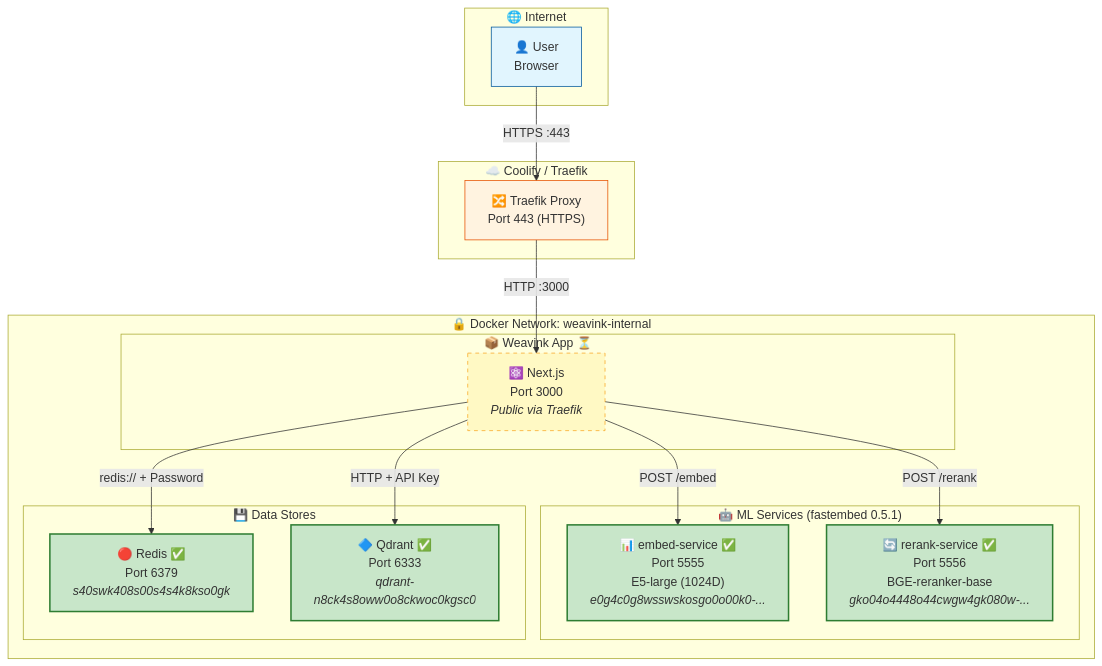
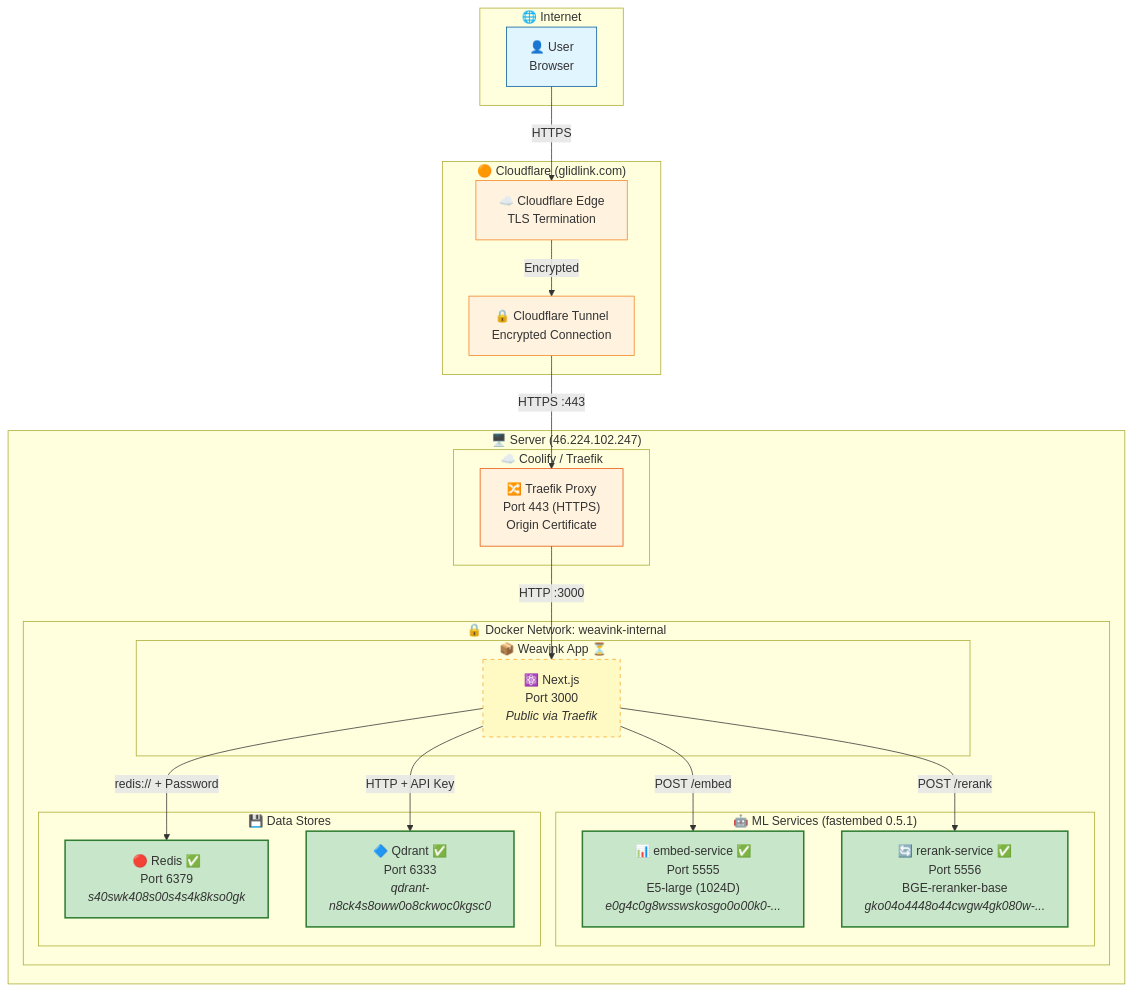
Before and after one commit to zulianileonardo-ops/Weavink-Prod: the first of 5 diagrams in documentation/guides/COOLIFY_SERVICE_NETWORKING.md, drawn with Mermaid. The commit also changed other lines of this file and 1 other file, not shown here.

First line of the commit message:
docs: add Cloudflare Tunnels section to networking guide

````diff
--- a/documentation/guides/COOLIFY_SERVICE_NETWORKING.md
+++ b/documentation/guides/COOLIFY_SERVICE_NETWORKING.md
@@ -87,52 +88,63 @@
 ```mermaid
 flowchart TB
     subgraph Internet["🌐 Internet"]
         User["👤 User<br/>Browser"]
     end
 
-    subgraph Coolify["☁️ Coolify / Traefik"]
-        Traefik["🔀 Traefik Proxy<br/>Port 443 (HTTPS)"]
+    subgraph CloudflareLayer["🟠 Cloudflare (glidlink.com)"]
+        CF["☁️ Cloudflare Edge<br/>TLS Termination"]
+        Tunnel["🔒 Cloudflare Tunnel<br/>Encrypted Connection"]
     end
 
-    subgraph DockerNetwork["🔒 Docker Network: weavink-internal"]
-        subgraph WeavinkApp["📦 Weavink App ⏳"]
-            NextJS["⚛️ Next.js<br/>Port 3000<br/><i>Public via Traefik</i>"]
+    subgraph Server["🖥️ Server (46.224.102.247)"]
+        subgraph Coolify["☁️ Coolify / Traefik"]
+            Traefik["🔀 Traefik Proxy<br/>Port 443 (HTTPS)<br/>Origin Certificate"]
         end
 
-        subgraph MLServices["🤖 ML Services (fastembed 0.5.1)"]
-            Embed["📊 embed-service ✅<br/>Port 5555<br/>E5-large (1024D)<br/><i>e0g4c0g8wsswskosgo0o00k0-...</i>"]
-            Rerank["🔄 rerank-service ✅<br/>Port 5556<br/>BGE-reranker-base<br/><i>gko04o4448o44cwgw4gk080w-...</i>"]
-        end
+        subgraph DockerNetwork["🔒 Docker Network: weavink-internal"]
+            subgraph WeavinkApp["📦 Weavink App ⏳"]
+                NextJS["⚛️ Next.js<br/>Port 3000<br/><i>Public via Traefik</i>"]
+            end
 
-        subgraph DataStores["💾 Data Stores"]
-            Redis["🔴 Redis ✅<br/>Port 6379<br/><i>s40swk408s00s4s4k8kso0gk</i>"]
-            Qdrant["🔷 Qdrant ✅<br/>Port 6333<br/><i>qdrant-n8ck4s8oww0o8ckwoc0kgsc0</i>"]
+            subgraph MLServices["🤖 ML Services (fastembed 0.5.1)"]
+                Embed["📊 embed-service ✅<br/>Port 5555<br/>E5-large (1024D)<br/><i>e0g4c0g8wsswskosgo0o00k0-...</i>"]
+                Rerank["🔄 rerank-service ✅<br/>Port 5556<br/>BGE-reranker-base<br/><i>gko04o4448o44cwgw4gk080w-...</i>"]
+            end
+
+            subgraph DataStores["💾 Data Stores"]
+                Redis["🔴 Redis ✅<br/>Port 6379<br/><i>s40swk408s00s4s4k8kso0gk</i>"]
+                Qdrant["🔷 Qdrant ✅<br/>Port 6333<br/><i>qdrant-n8ck4s8oww0o8ckwoc0kgsc0</i>"]
+            end
         end
     end
 
-    %% External connections
-    User -->|"HTTPS :443"| Traefik
+    %% External connections (Full TLS)
+    User -->|"HTTPS"| CF
+    CF -->|"Encrypted"| Tunnel
+    Tunnel -->|"HTTPS :443"| Traefik
     Traefik -->|"HTTP :3000"| NextJS
 
     %% Internal connections from Weavink
     NextJS -->|"POST /embed"| Embed
     NextJS -->|"POST /rerank"| Rerank
     NextJS -->|"redis:// + Password"| Redis
     NextJS -->|"HTTP + API Key"| Qdrant
 
     %% Styling
     classDef internet fill:#e1f5fe,stroke:#01579b
+    classDef cloudflare fill:#fff3e0,stroke:#f48120
     classDef proxy fill:#fff3e0,stroke:#e65100
     classDef app fill:#e8f5e9,stroke:#2e7d32
     classDef deployed fill:#c8e6c9,stroke:#2e7d32,stroke-width:2px
     classDef deploying fill:#bbdefb,stroke:#1976d2,stroke-dasharray: 5 5
     classDef pending fill:#fff9c4,stroke:#f9a825,stroke-dasharray: 5 5
     classDef data fill:#fce4ec,stroke:#c2185b
 
     class User internet
+    class CF,Tunnel cloudflare
     class Traefik proxy
     class NextJS pending
     class Embed deployed
     class Rerank deployed
     class Redis,Qdrant deployed
 ```
````
